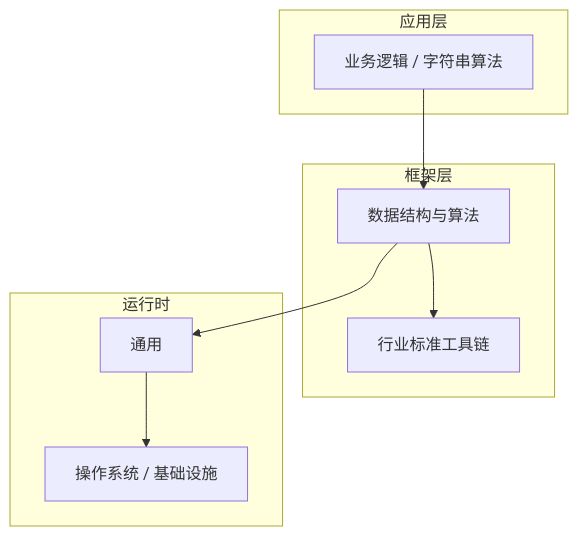
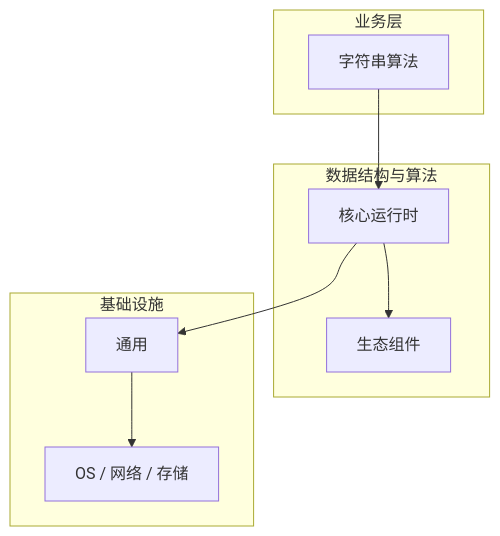
One commit to yanggan2015/knowledge-json-v2 changed the diagram in articles/数据结构与算法/chapters/169-字符串算法核心概念与原理.md. Above: the diagram before and after it, drawn with Mermaid. The commit also changed other lines of this file and 10127 other files, not shown here.

````diff
--- a/articles/数据结构与算法/chapters/169-字符串算法核心概念与原理.md
+++ b/articles/数据结构与算法/chapters/169-字符串算法核心概念与原理.md
@@ -45,18 +30,18 @@
 ```mermaid
 graph TB
-    subgraph 应用层
-        A[业务逻辑 / 字符串算法]
+    subgraph 业务层
+        A[字符串算法]
     end
-    subgraph 框架层
-        B[数据结构与算法]
-        C[行业标准工具链]
+    subgraph 数据结构与算法
+        B[核心运行时]
+        C[生态组件]
     end
-    subgraph 运行时
+    subgraph 基础设施
         D[通用]
-        E[操作系统 / 基础设施]
+        E[OS / 网络 / 存储]
     end
     A --> B
     B --> C
     B --> D
     D --> E
 ```
````
